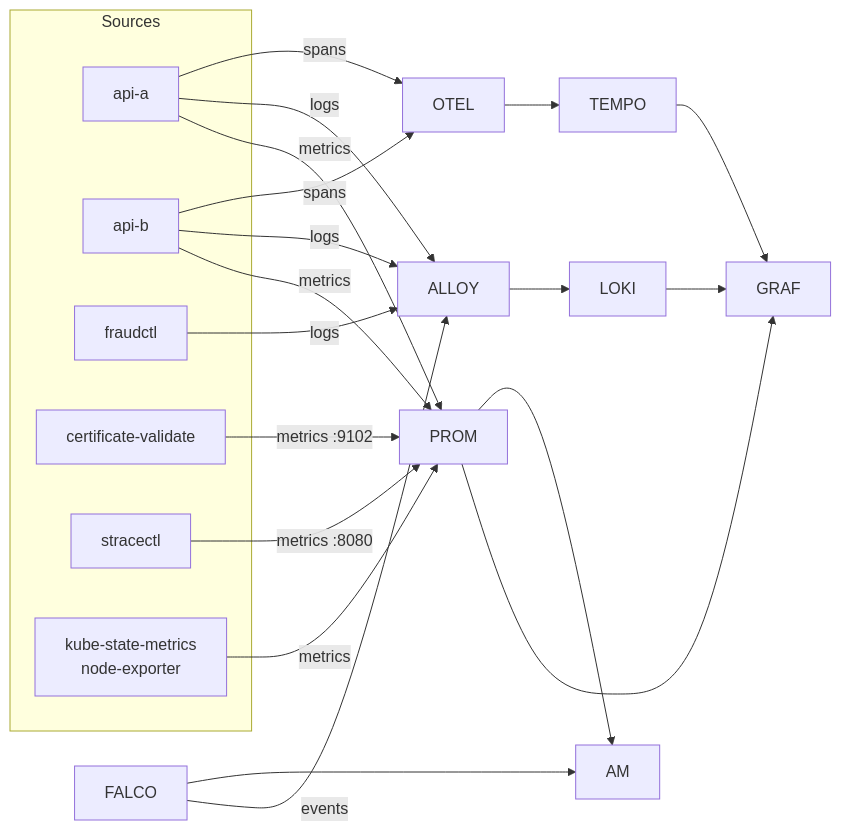
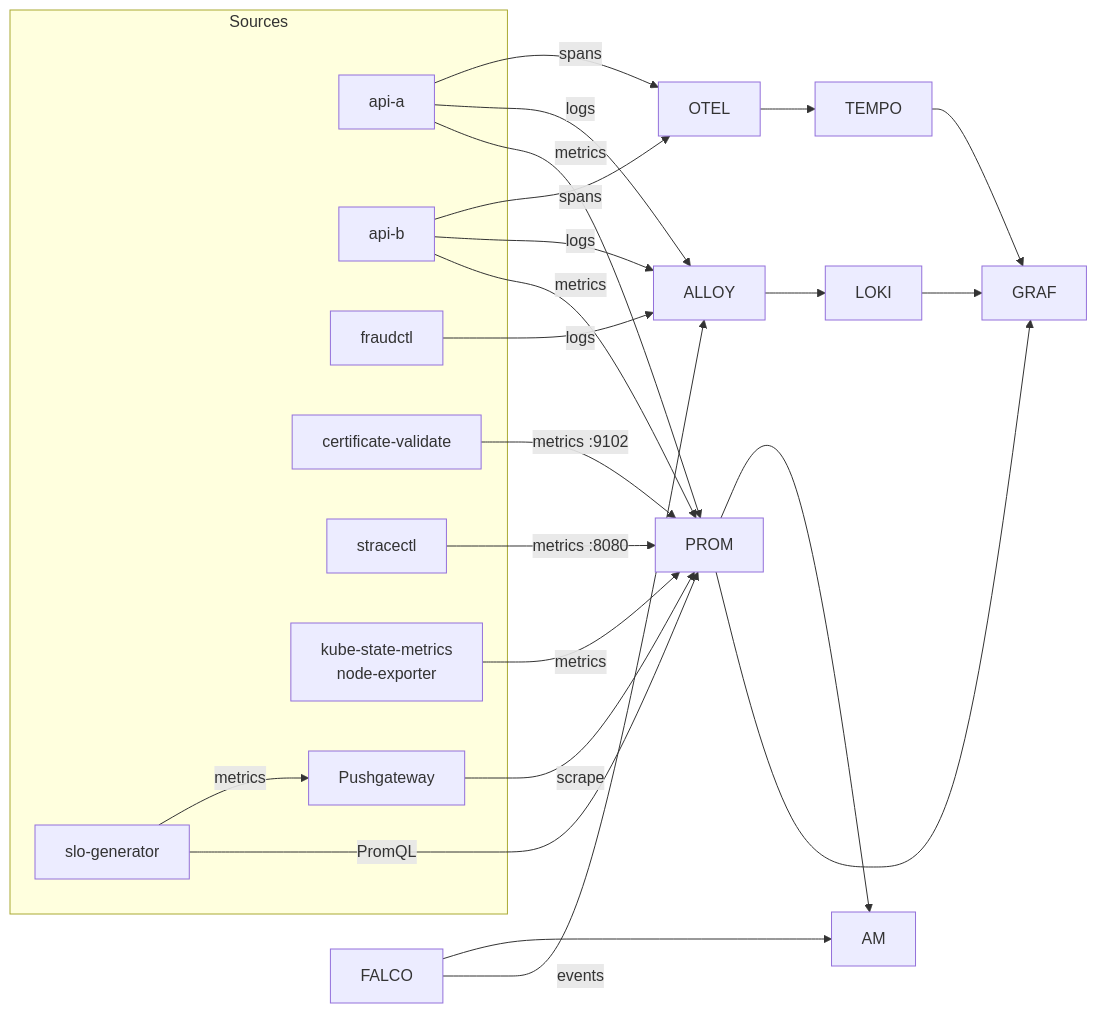
The fourth of 5 diagrams in docs/en/ARCHITECTURE.md (fabianoflorentino/srectl), drawn with Mermaid before and after one commit. The commit also changed other lines of this file and 36 other files, not shown here.

Commit message:
feat(slo): add declarative SLOs with slo-generator

````diff
--- a/docs/en/ARCHITECTURE.md
+++ b/docs/en/ARCHITECTURE.md
@@ -158,33 +163,39 @@
 ```mermaid
 flowchart LR
     subgraph Sources
         APIA["api-a"]
         APIB["api-b"]
         FRAUD["fraudctl"]
         CV["certificate-validate"]
         STRACE["stracectl"]
         KUBE["kube-state-metrics\nnode-exporter"]
+        SLO["slo-generator"]
+        PUSH["Pushgateway"]
     end
 
     APIA -->|metrics| PROM
     APIB -->|metrics| PROM
     CV -->|metrics :9102| PROM
     STRACE -->|metrics :8080| PROM
     KUBE -->|metrics| PROM
 
     APIA -->|logs| ALLOY
     APIB -->|logs| ALLOY
     FRAUD -->|logs| ALLOY
     FALCO -->|events| ALLOY
     ALLOY --> LOKI
 
     APIA -->|spans| OTEL
     APIB -->|spans| OTEL
     OTEL --> TEMPO
 
     PROM --> GRAF
     LOKI --> GRAF
     TEMPO --> GRAF
     PROM --> AM
     FALCO --> AM
+
+    SLO -->|PromQL| PROM
+    SLO -->|metrics| PUSH
+    PUSH -->|scrape| PROM
 ```
````
